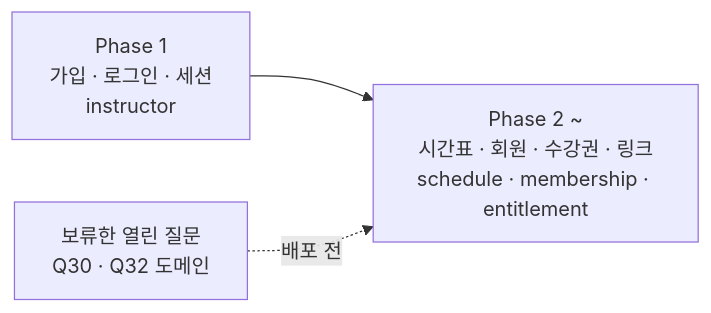
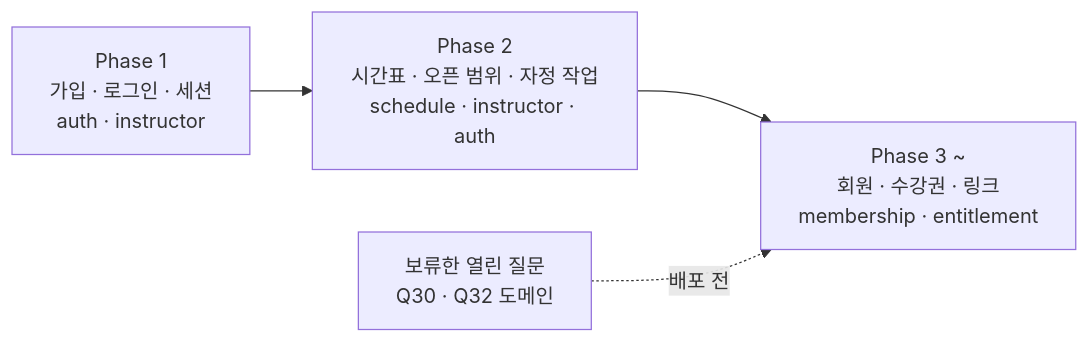
The first of 5 diagrams in docs/spec/instructor/0001-instructor-setup/prd.md (Fit-link-v2/FitLink-BE), drawn with Mermaid before and after one commit. The commit also changed other lines of this file and 2 other files, not shown here.

First line of the commit message:
docs(instructor): 0001 Phase 2 AC-11 ~ AC-22와 TDD plan (#22)

````diff
--- a/docs/spec/instructor/0001-instructor-setup/prd.md
+++ b/docs/spec/instructor/0001-instructor-setup/prd.md
@@ -28,5 +29,5 @@
 ```mermaid
 flowchart LR
-    P1["Phase 1<br/>가입 · 로그인 · 세션<br/>instructor"] --> P2["Phase 2 ~<br/>시간표 · 회원 · 수강권 · 링크<br/>schedule · membership · entitlement"]
-    Q["보류한 열린 질문<br/>Q30 · Q32 도메인"] -.->|배포 전| P2
+    P1["Phase 1<br/>가입 · 로그인 · 세션<br/>auth · instructor"] --> P2["Phase 2<br/>시간표 · 오픈 범위 · 자정 작업<br/>schedule · instructor · auth"] --> P3["Phase 3 ~<br/>회원 · 수강권 · 링크<br/>membership · entitlement"]
+    Q["보류한 열린 질문<br/>Q30 · Q32 도메인"] -.->|배포 전| P3
 ```
````
